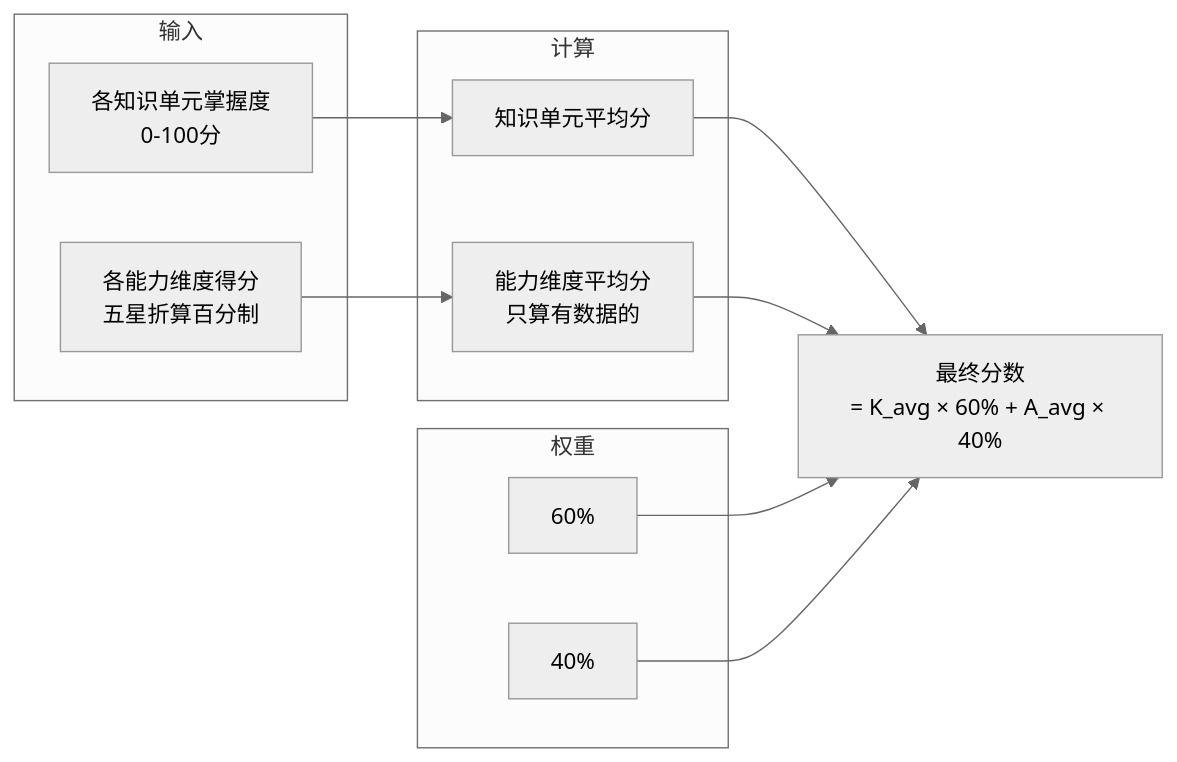
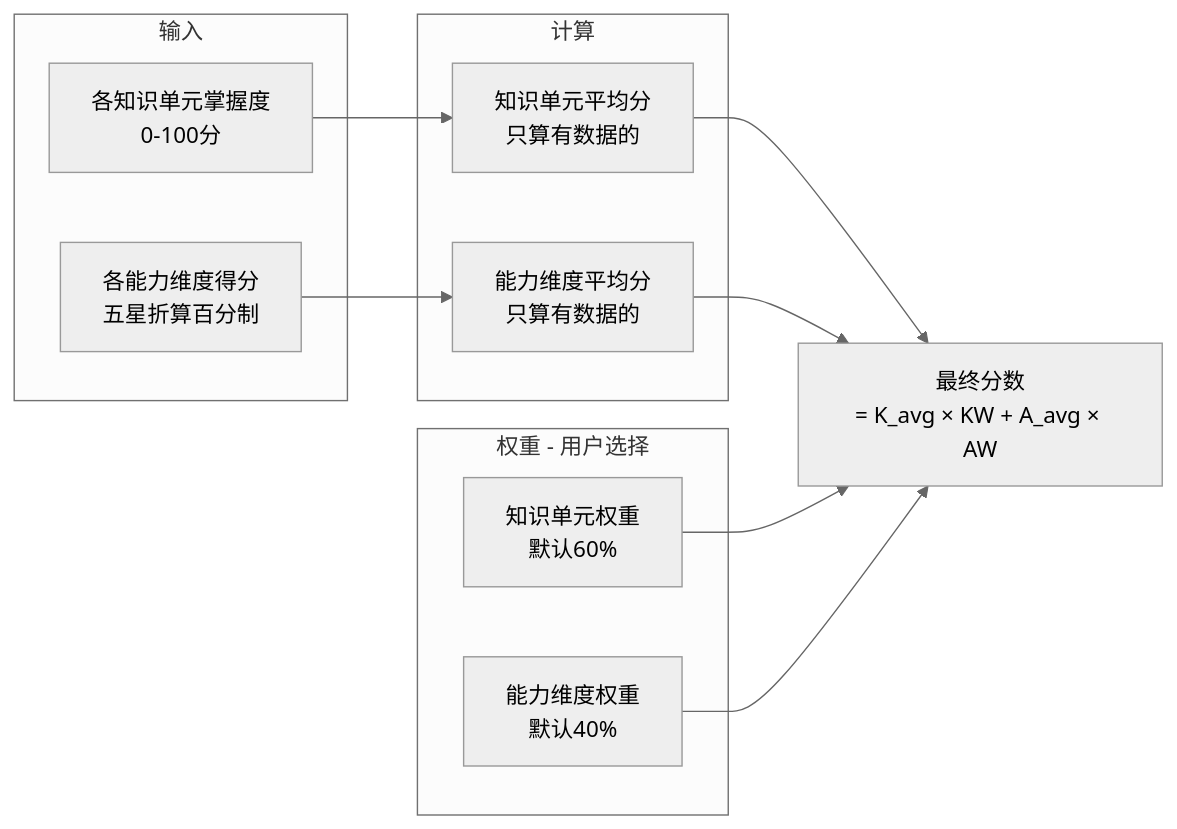
One commit to xuyunxuyun/SuperTeam changed the ninth of 9 diagrams in plugins/plugins_云开天自明.md. Above: the diagram before and after it, drawn with Mermaid (neutral theme). The commit also changed other lines of this file and 5 other files, not shown here.

````diff
--- a/plugins/plugins_云开天自明.md
+++ b/plugins/plugins_云开天自明.md
@@ -357,24 +455,24 @@
 ```mermaid
 flowchart LR
     subgraph Input[输入]
         K[各知识单元掌握度<br/>0-100分]
         A[各能力维度得分<br/>五星折算百分制]
     end
     
-    subgraph Weight[权重]
-        KW[60%]
-        AW[40%]
+    subgraph Weight[权重 - 用户选择]
+        KW[知识单元权重<br/>默认60%]
+        AW[能力维度权重<br/>默认40%]
     end
     
     subgraph Calc[计算]
-        K_avg[知识单元平均分]
+        K_avg[知识单元平均分<br/>只算有数据的]
         A_avg[能力维度平均分<br/>只算有数据的]
     end
     
     K --> K_avg
     A --> A_avg
-    K_avg --> Final[最终分数<br/>= K_avg × 60% + A_avg × 40%]
+    K_avg --> Final[最终分数<br/>= K_avg × KW + A_avg × AW]
     A_avg --> Final
     KW --> Final
     AW --> Final
 ```
````
